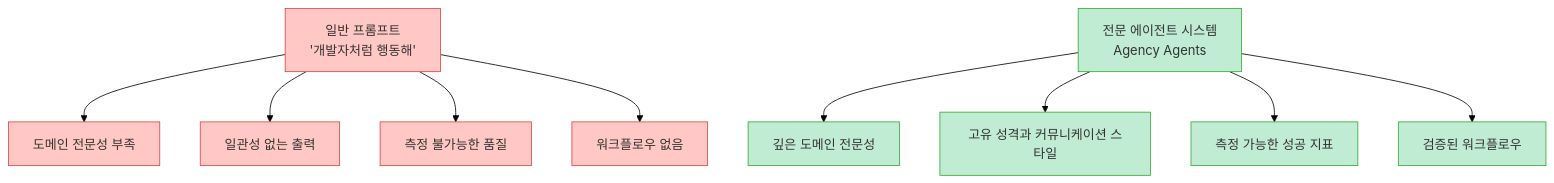
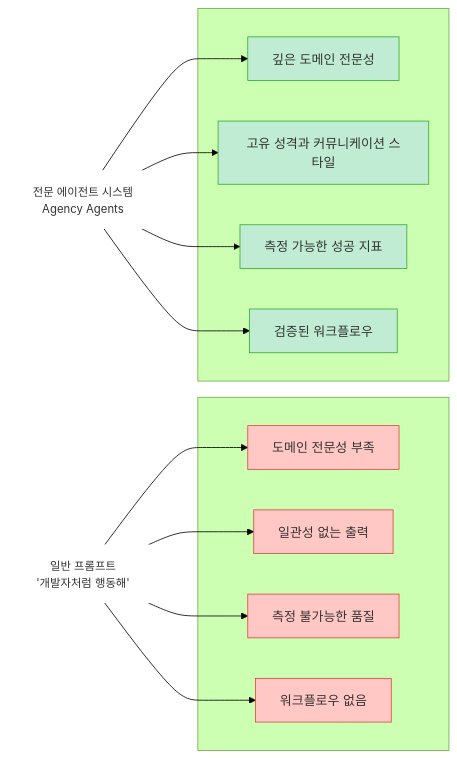
The second of 9 diagrams in content/post/2026/2026-03-11-agency-agents-ai-specialist-team.md (gyuha/blog), drawn with Mermaid (forest theme) before and after one commit. The commit also changed other lines of this file, not shown here.

Commit message:
update blog source

````diff
--- a/content/post/2026/2026-03-11-agency-agents-ai-specialist-team.md
+++ b/content/post/2026/2026-03-11-agency-agents-ai-specialist-team.md
@@ -59,20 +59,36 @@
 ```mermaid
-flowchart TD
-    A["일반 프롬프트<br>'개발자처럼 행동해'"]
-    B["전문 에이전트 시스템<br>Agency Agents"]
+flowchart LR
+    TitleBad["일반 프롬프트<br>'개발자처럼 행동해'"]
+    TitleGood["전문 에이전트 시스템<br>Agency Agents"]
 
-    A --> A1["도메인 전문성 부족"]
-    A --> A2["일관성 없는 출력"]
-    A --> A3["측정 불가능한 품질"]
-    A --> A4["워크플로우 없음"]
+    subgraph BadGroup[" "]
+        A["도메인 전문성 부족"]
+        B["일관성 없는 출력"]
+        C["측정 불가능한 품질"]
+        D["워크플로우 없음"]
+    end
 
-    B --> B1["깊은 도메인 전문성"]
-    B --> B2["고유 성격과 커뮤니케이션 스타일"]
-    B --> B3["측정 가능한 성공 지표"]
-    B --> B4["검증된 워크플로우"]
+    subgraph GoodGroup[" "]
+        E["깊은 도메인 전문성"]
+        F["고유 성격과 커뮤니케이션 스타일"]
+        G["측정 가능한 성공 지표"]
+        H["검증된 워크플로우"]
+    end
 
+    TitleBad --> A
+    TitleBad --> B
+    TitleBad --> C
+    TitleBad --> D
+
+    TitleGood --> E
+    TitleGood --> F
+    TitleGood --> G
+    TitleGood --> H
+
+    classDef title fill:#fff,stroke:none,color:#333,font-size:14px
     classDef bad fill:#ffc8c4,stroke:#d44,color:#333
     classDef good fill:#c0ecd3,stroke:#3a3,color:#333
-    class A,A1,A2,A3,A4 bad
-    class B,B1,B2,B3,B4 good
+    class TitleBad,TitleGood title
+    class A,B,C,D bad
+    class E,F,G,H good
 ```
````
